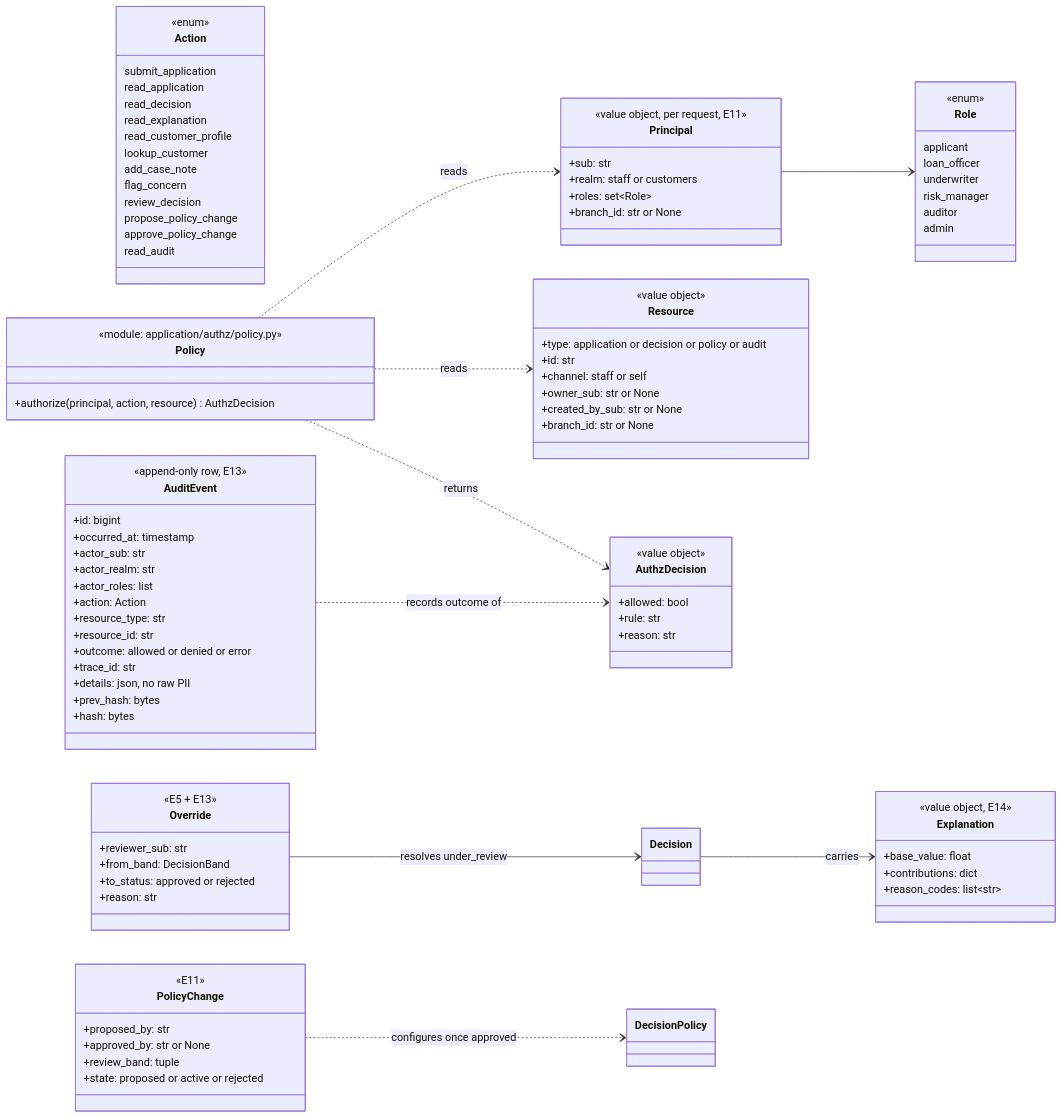
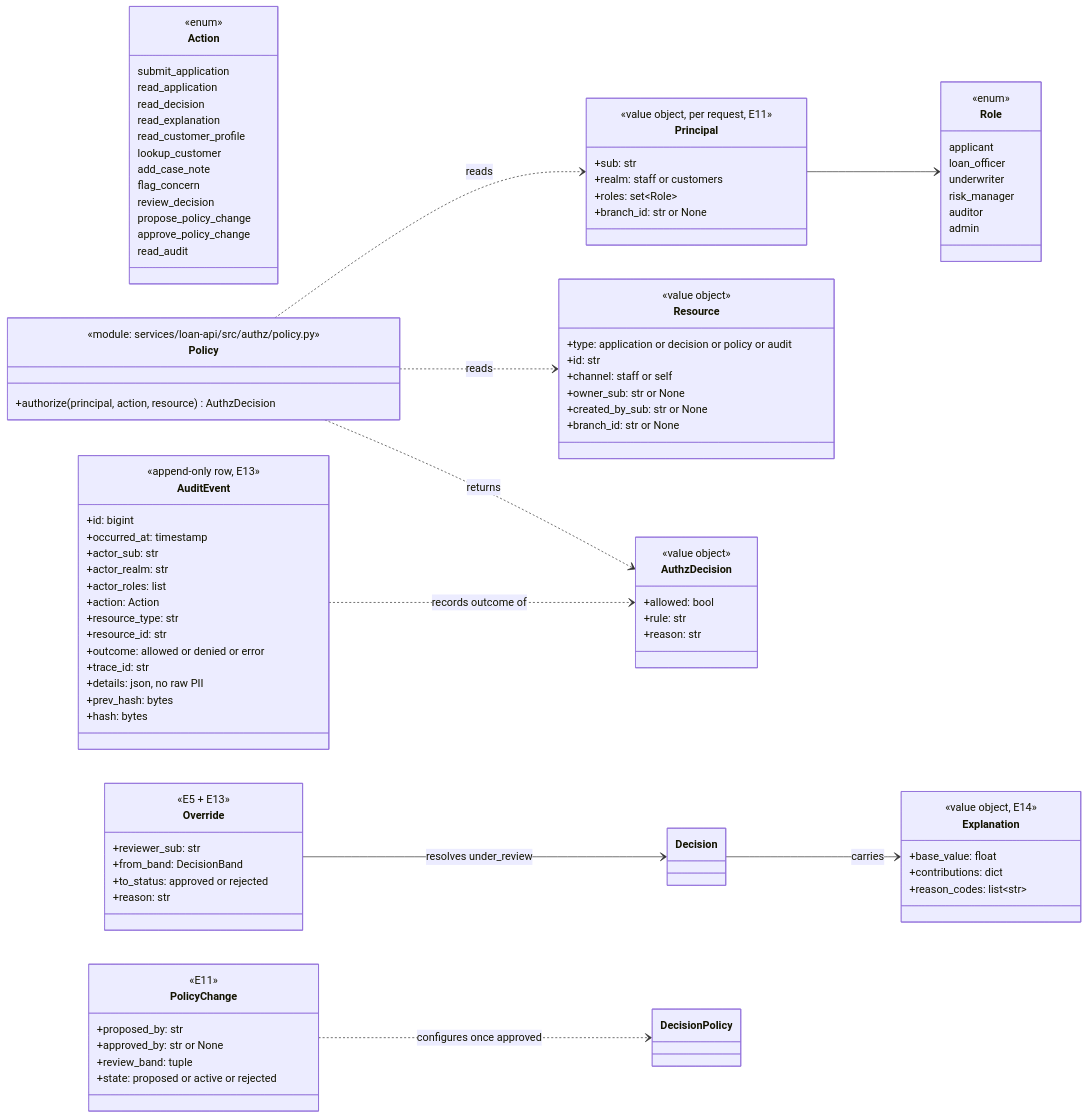
One commit to ngnquanq/credit-risk-ml-system changed the fifth of 7 diagrams in docs/architecture/domain-model.md. Above: the diagram before and after it, drawn with Mermaid. The commit also changed other lines of this file and 72 other files, not shown here.

First line of the commit message:
refactor: move the Loan API core into services/loan-api

```diff
--- a/docs/architecture/domain-model.md
+++ b/docs/architecture/domain-model.md
@@ -285,7 +285,7 @@
         +branch_id: str or None
     }
     class Policy {
-        <<module: application/authz/policy.py>>
+        <<module: services/loan-api/src/authz/policy.py>>
         +authorize(principal, action, resource) AuthzDecision
     }
     class AuthzDecision {
```
